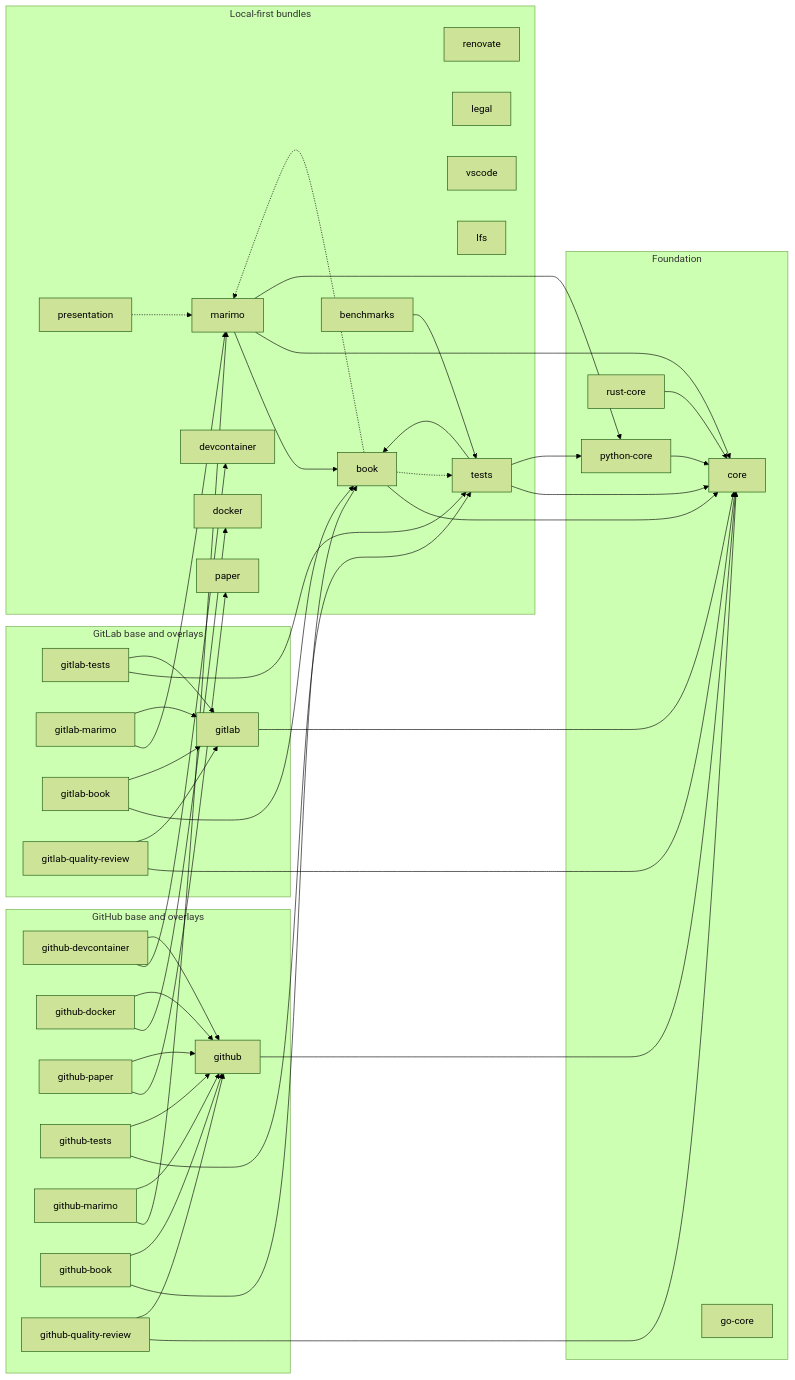
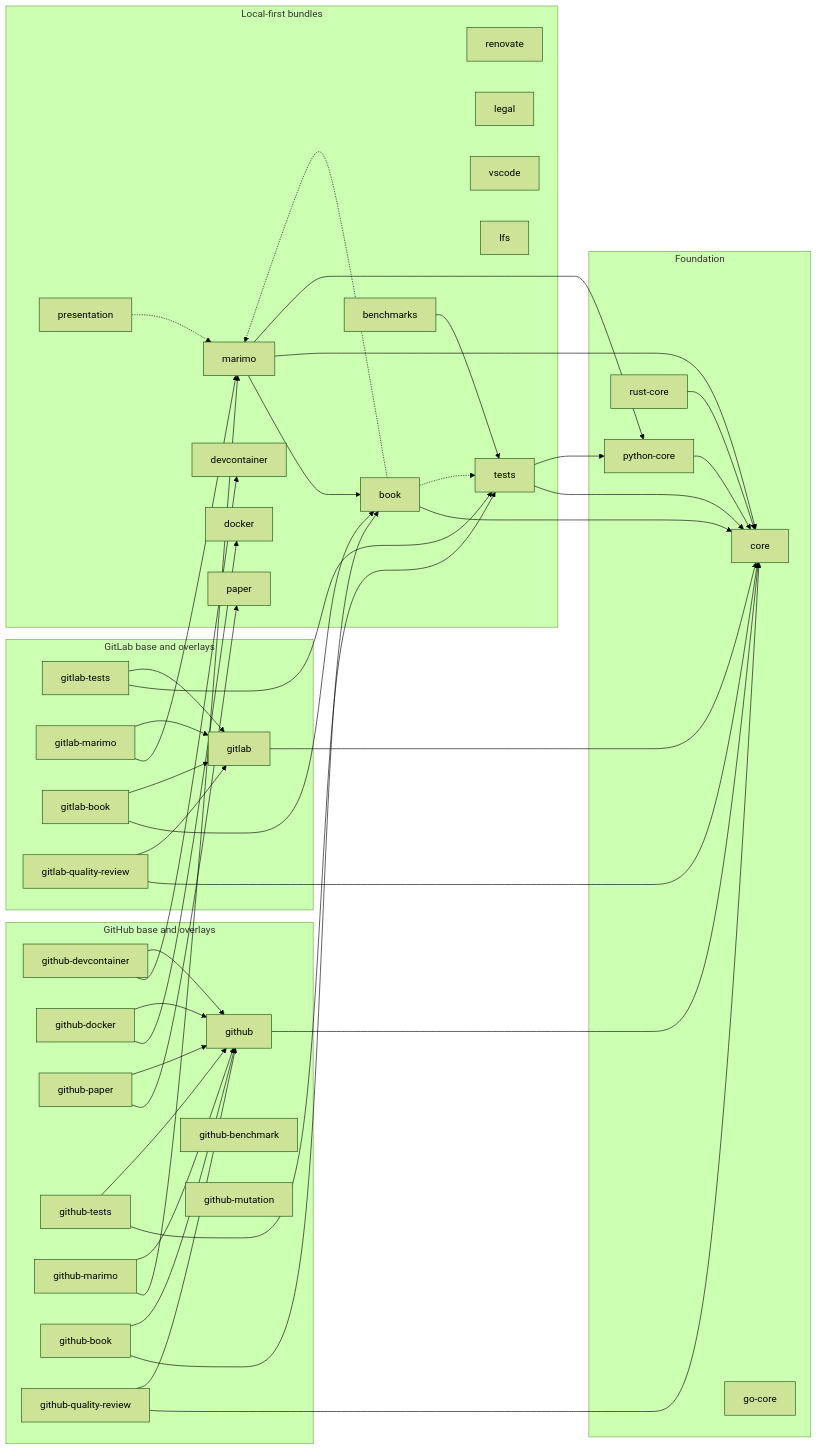
The diagram in docs/reference/GLOSSARY.md (Jebel-Quant/rhiza), drawn with Mermaid (forest theme) before and after one commit. The commit also changed 23 other files, not shown here.

````diff
--- a/docs/reference/GLOSSARY.md
+++ b/docs/reference/GLOSSARY.md
@@ -42,81 +42,82 @@
 ```mermaid
 flowchart LR
     subgraph Foundation["Foundation"]
         core["core"]
         python_core["python-core"]
         rust_core["rust-core"]
         go_core["go-core"]
     end
 
     subgraph Local["Local-first bundles"]
         renovate["renovate"]
         legal["legal"]
         devcontainer["devcontainer"]
         vscode["vscode"]
         docker["docker"]
         lfs["lfs"]
         presentation["presentation"]
         paper["paper"]
         book["book"]
         tests["tests"]
         benchmarks["benchmarks"]
         marimo["marimo"]
     end
 
     subgraph GitHub["GitHub base and overlays"]
         github["github"]
         github_devcontainer["github-devcontainer"]
         github_docker["github-docker"]
         github_paper["github-paper"]
         github_tests["github-tests"]
+        github_benchmark["github-benchmark"]
+        github_mutation["github-mutation"]
         github_marimo["github-marimo"]
         github_book["github-book"]
         github_quality_review["github-quality-review"]
     end
 
     subgraph GitLab["GitLab base and overlays"]
         gitlab["gitlab"]
         gitlab_tests["gitlab-tests"]
         gitlab_marimo["gitlab-marimo"]
         gitlab_book["gitlab-book"]
         gitlab_quality_review["gitlab-quality-review"]
     end
 
     python_core --> core
     rust_core --> core
     github --> core
     gitlab --> core
     book --> core
-    tests --> book
     tests --> core
     tests --> python_core
     benchmarks --> tests
     marimo --> book
     marimo --> core
     marimo --> python_core
     github_devcontainer --> devcontainer
     github_devcontainer --> github
     github_docker --> docker
     github_docker --> github
     github_paper --> paper
     github_paper --> github
     github_tests --> tests
     github_tests --> github
     github_marimo --> marimo
     github_marimo --> github
     github_book --> book
     github_book --> github
     github_quality_review --> core
     github_quality_review --> github
     gitlab_tests --> tests
     gitlab_tests --> gitlab
     gitlab_marimo --> marimo
     gitlab_marimo --> gitlab
     gitlab_book --> book
     gitlab_book --> gitlab
     gitlab_quality_review --> core
     gitlab_quality_review --> gitlab
     presentation -.-> marimo
     book -.-> tests
     book -.-> marimo
 ```
````
